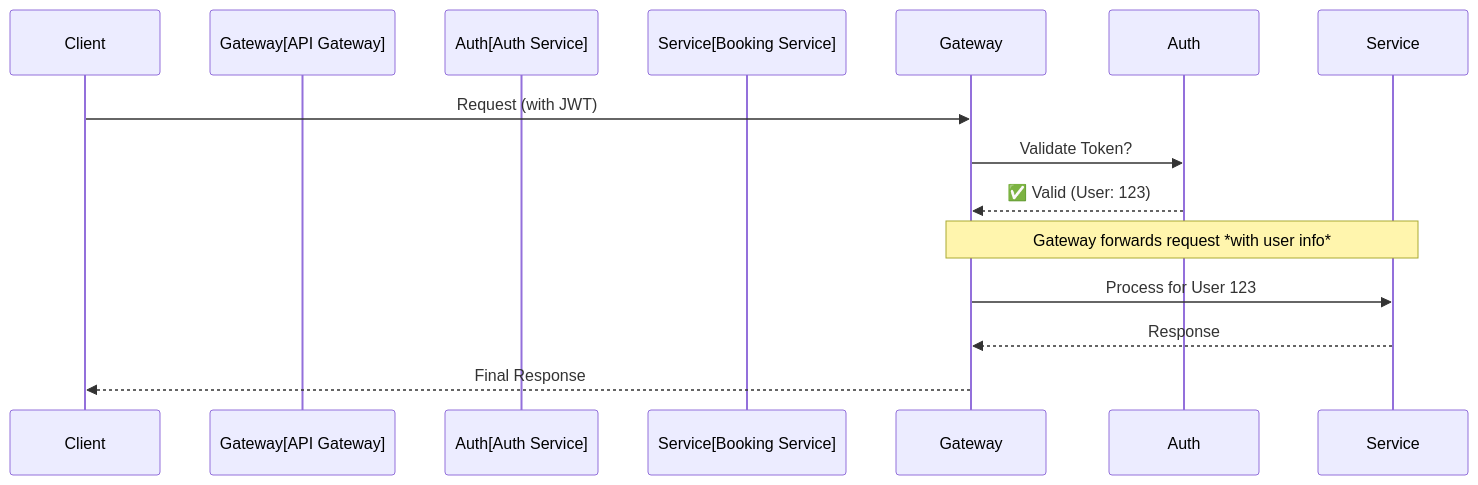
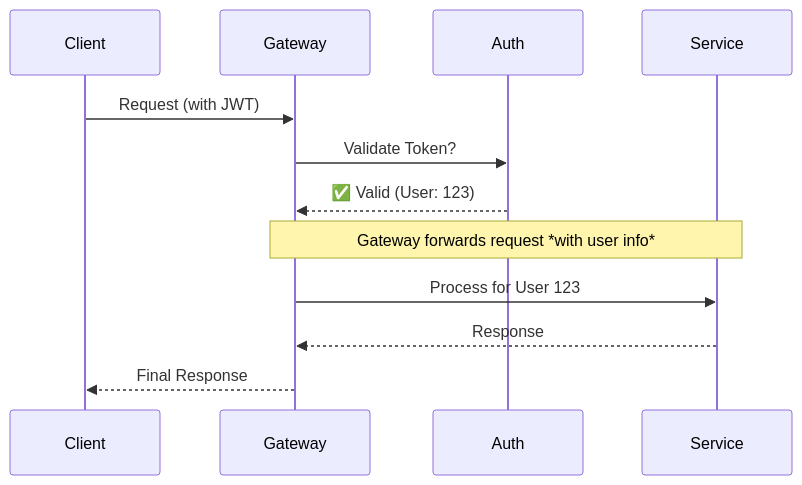
Before and after one commit to AdilAbubacker/rentezy_backend: the fourth of 7 diagrams in README.md, drawn with Mermaid.

````diff
--- a/README.md
+++ b/README.md
@@ -434,17 +434,17 @@
 ```mermaid
 sequenceDiagram
     participant Client
-    participant Gateway[API Gateway]
-    participant Auth[Auth Service]
-    participant Service[Booking Service]
+    participant Gateway
+    participant Auth
+    participant Service
 
     Client->>Gateway: Request (with JWT)
     Gateway->>Auth: Validate Token?
     Auth-->>Gateway: ✅ Valid (User: 123)
     
     Note over Gateway,Service: Gateway forwards request *with user info*
     
     Gateway->>Service: Process for User 123
     Service-->>Gateway: Response
     Gateway-->>Client: Final Response
 ```
````
